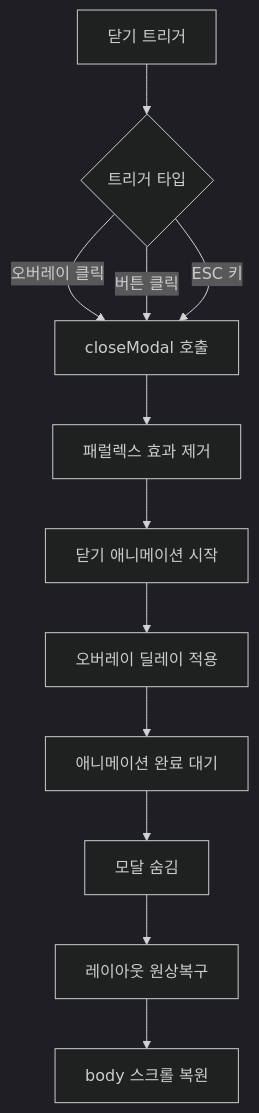
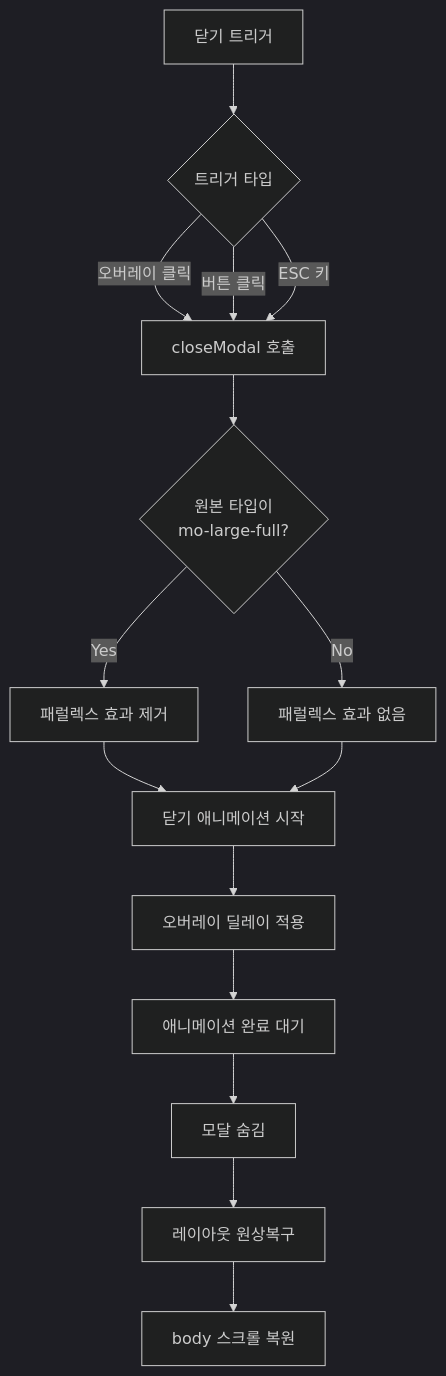
One commit to PLUTO-NIX/Motion changed the second of 2 diagrams in README.md. Above: the diagram before and after it, drawn with Mermaid (dark theme). The commit also changed other lines of this file, not shown here.

First line of the commit message:
docs: Fix parallax effect documentation and flow diagrams

````diff
--- a/README.md
+++ b/README.md
@@ -295,14 +310,17 @@
 ```mermaid
 graph TD
     A[닫기 트리거] --> B{트리거 타입}
     B -->|오버레이 클릭| C[closeModal 호출]
     B -->|버튼 클릭| C
     B -->|ESC 키| C
-    C --> D[패럴렉스 효과 제거]
-    D --> E[닫기 애니메이션 시작]
-    E --> F[오버레이 딜레이 적용]
-    F --> G[애니메이션 완료 대기]
-    G --> H[모달 숨김]
-    H --> I[레이아웃 원상복구]
-    I --> J[body 스크롤 복원]
+    C --> D{원본 타입이<br/>mo-large-full?}
+    D -->|Yes| E[패럴렉스 효과 제거]
+    D -->|No| F[패럴렉스 효과 없음]
+    E --> G[닫기 애니메이션 시작]
+    F --> G
+    G --> H[오버레이 딜레이 적용]
+    H --> I[애니메이션 완료 대기]
+    I --> J[모달 숨김]
+    J --> K[레이아웃 원상복구]
+    K --> L[body 스크롤 복원]
 ```
````
